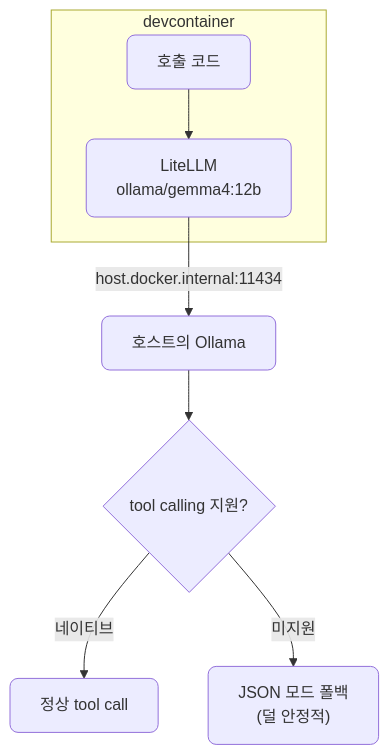
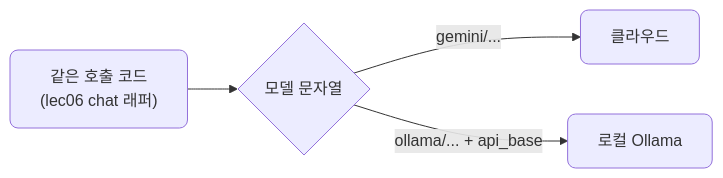
One commit to CodeCompose7/ai_service_engineering changed the first of 4 diagrams in docs/section1/lec07/README.md. Above: the diagram before and after it, drawn with Mermaid. The commit also changed other lines of this file and 5 other files, not shown here.

First line of the commit message:
lec07: Ollama 로컬을 예제·실측 비교·번호 체계로 확장

````diff
--- a/docs/section1/lec07/README.md
+++ b/docs/section1/lec07/README.md
@@ -25,11 +15,7 @@
 ```mermaid
-flowchart TD
-  subgraph DEV["devcontainer"]
-    CODE["호출 코드"] --> LL["LiteLLM<br/>ollama/gemma4:12b"]
-  end
-  LL -->|"host.docker.internal:11434"| OL["호스트의 Ollama"]
-  OL --> Q{"tool calling 지원?"}
-  Q -->|"네이티브"| N["정상 tool call"]
-  Q -->|"미지원"| F["JSON 모드 폴백<br/>(덜 안정적)"]
+flowchart LR
+  CODE["같은 호출 코드<br/>(lec06 chat 래퍼)"] --> M{"모델 문자열"}
+  M -->|"gemini/..."| CLOUD["클라우드"]
+  M -->|"ollama/... + api_base"| LOCAL["로컬 Ollama"]
   classDef default rx:8,ry:8;
 ```
````
